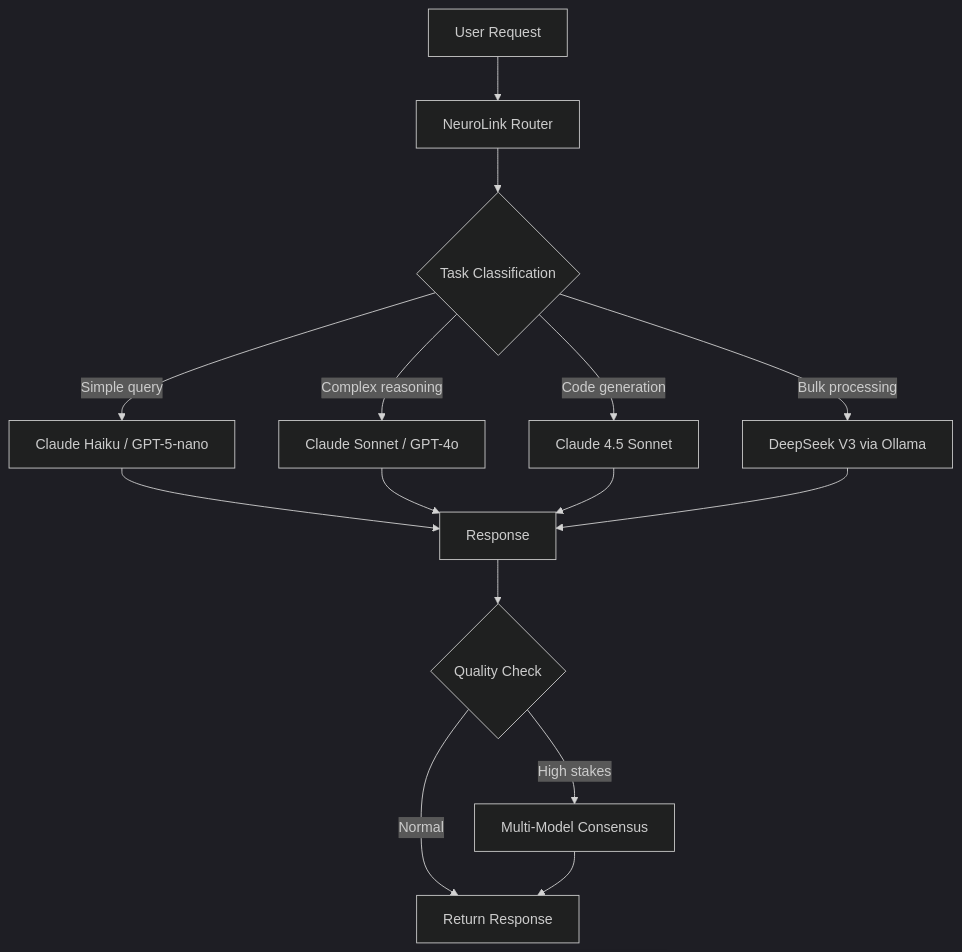
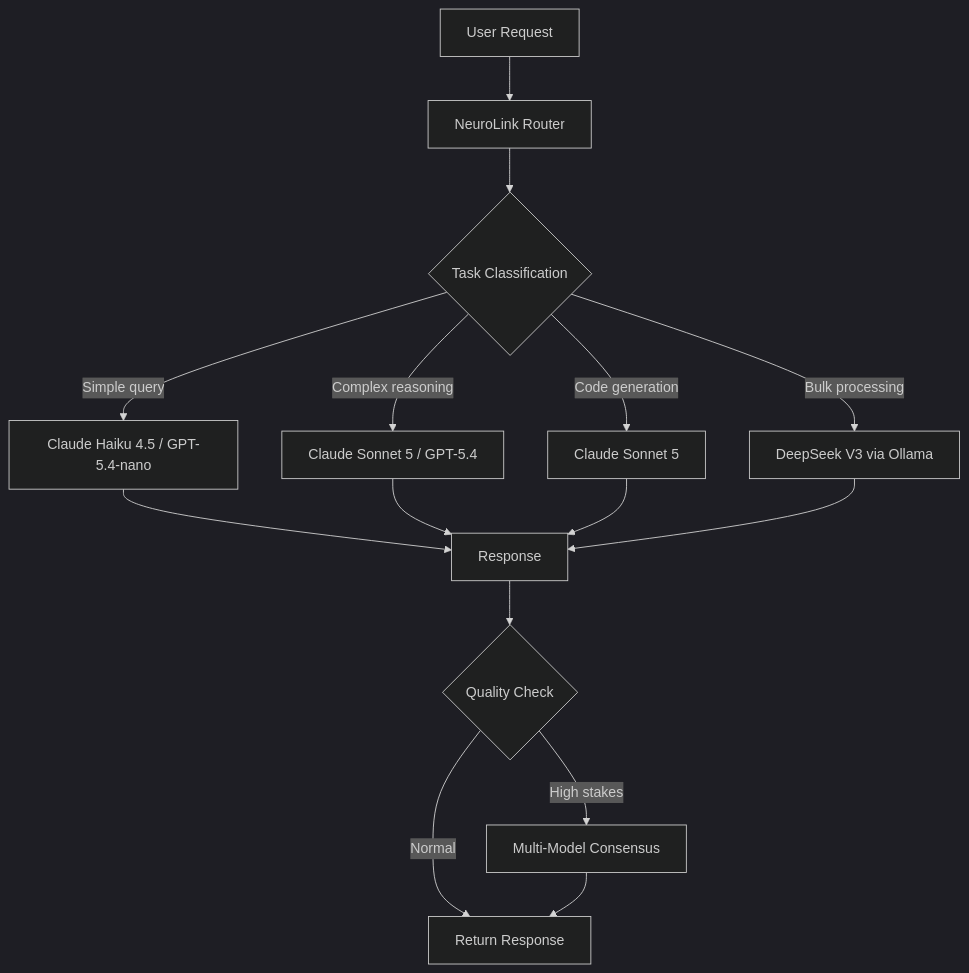
One commit to juspay/neurolink-blog changed the diagram in _posts/2025-07-04-multi-model-future.md. Above: the diagram before and after it, drawn with Mermaid (dark theme). The commit also changed other lines of this file and 172 other files, not shown here.

````diff
--- a/_posts/2025-07-04-multi-model-future.md
+++ b/_posts/2025-07-04-multi-model-future.md
@@ -138,19 +149,19 @@
 ```mermaid
 flowchart TD
     A[User Request] --> B[NeuroLink Router]
     B --> C{Task Classification}
-    C -->|Simple query| D[Claude Haiku / GPT-5-nano]
-    C -->|Complex reasoning| E[Claude Sonnet / GPT-4o]
-    C -->|Code generation| F[Claude 4.5 Sonnet]
+    C -->|Simple query| D["Claude Haiku 4.5 / GPT-5.4-nano"]
+    C -->|Complex reasoning| E["Claude Sonnet 5 / GPT-5.4"]
+    C -->|Code generation| F["Claude Sonnet 5"]
     C -->|Bulk processing| G[DeepSeek V3 via Ollama]
 
     D --> H[Response]
     E --> H
     F --> H
     G --> H
 
     H --> I{Quality Check}
     I -->|High stakes| J[Multi-Model Consensus]
     I -->|Normal| K[Return Response]
     J --> K
 ```
````
